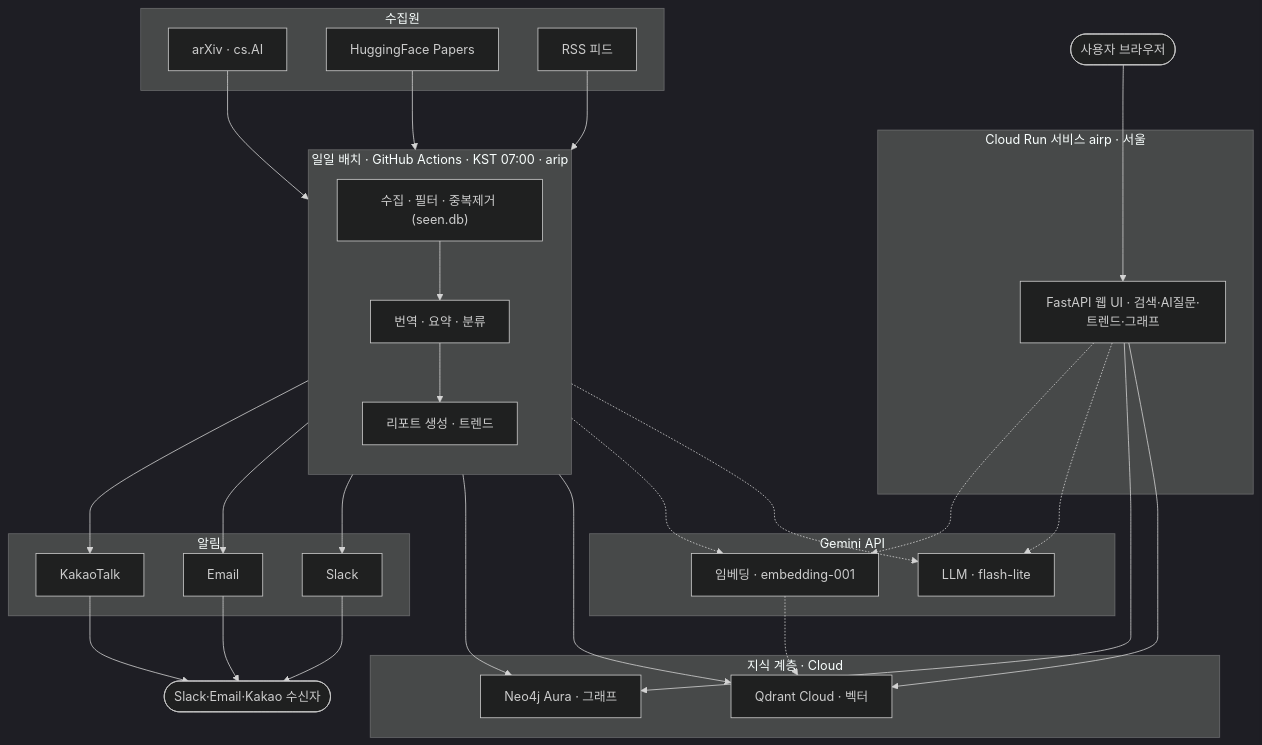
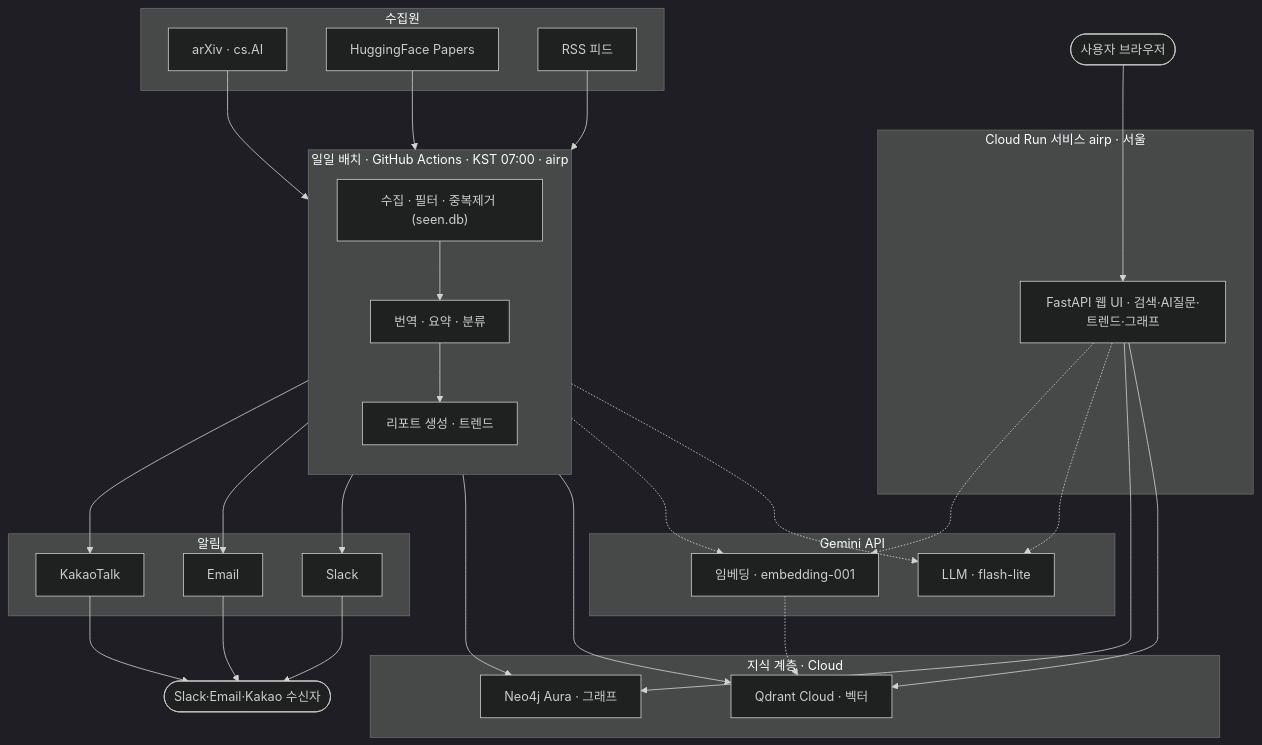
One commit to LumenSemantics/on-demand-rag changed the first of 3 diagrams in Docs/AIRP-아키텍처.md. Above: the diagram before and after it, drawn with Mermaid (dark theme). The commit also changed other lines of this file and 51 other files, not shown here.

First line of the commit message:
Rename arip -> airp / ARIP -> AIRP across the project

````diff
--- a/Docs/AIRP-아키텍처.md
+++ b/Docs/AIRP-아키텍처.md
@@ -18,53 +18,53 @@
 ```mermaid
 flowchart TB
   subgraph SRC["수집원"]
     A1["arXiv · cs.AI"]
     A2["HuggingFace Papers"]
     A3["RSS 피드"]
   end
-  subgraph BATCH["일일 배치 · GitHub Actions · KST 07:00 · arip"]
+  subgraph BATCH["일일 배치 · GitHub Actions · KST 07:00 · airp"]
     direction TB
     B1["수집 · 필터 · 중복제거 (seen.db)"]
     B2["번역 · 요약 · 분류"]
     B3["리포트 생성 · 트렌드"]
   end
   subgraph GEM["Gemini API"]
     G1["LLM · flash-lite"]
     G2["임베딩 · embedding-001"]
   end
   subgraph KB["지식 계층 · Cloud"]
     Q["Qdrant Cloud · 벡터"]
     N["Neo4j Aura · 그래프"]
   end
   subgraph NOT["알림"]
     S1["Slack"]
     S2["Email"]
     S3["KakaoTalk"]
   end
   subgraph SVC["Cloud Run 서비스 airp · 서울"]
     W["FastAPI 웹 UI · 검색·AI질문·트렌드·그래프"]
   end
   U1(["사용자 브라우저"])
   U2(["Slack·Email·Kakao 수신자"])
 
   A1 --> B1
   A2 --> B1
   A3 --> B1
   B1 --> B2 --> B3
   B2 -.-> G1
   B2 -.-> G2
   B1 --> Q
   B1 --> N
   G2 -.-> Q
   B3 --> S1
   B3 --> S2
   B3 --> S3
   S1 --> U2
   S2 --> U2
   S3 --> U2
   U1 --> W
   W --> Q
   W --> N
   W -.-> G1
   W -.-> G2
 ```
````
